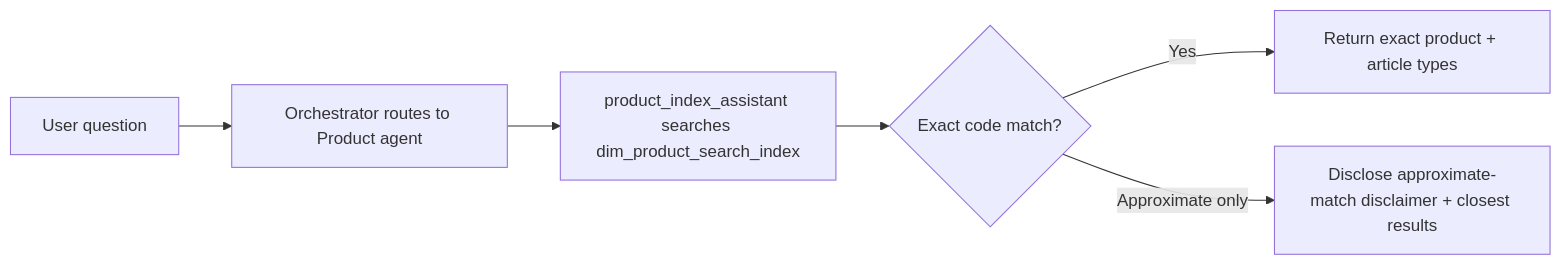
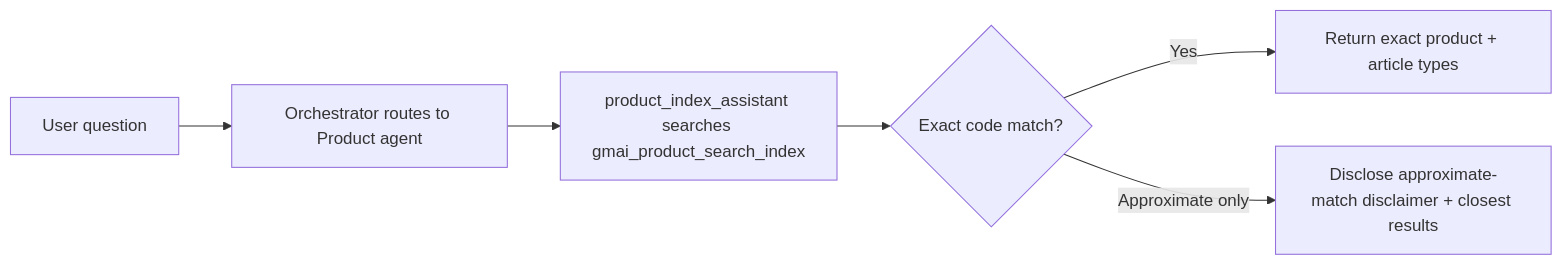
The second of 8 diagrams in docs/product/agent-usage-guide.md (wchen-dea/Governed-Multi-Agent-Intelligence-on-Databricks), drawn with Mermaid before and after one commit. The commit also changed other lines of this file and 35 other files, not shown here.

````diff
--- a/docs/product/agent-usage-guide.md
+++ b/docs/product/agent-usage-guide.md
@@ -59,8 +59,8 @@
 ```mermaid
 flowchart LR
   A[User question] --> B[Orchestrator routes to Product agent]
-  B --> C[product_index_assistant searches dim_product_search_index]
+  B --> C[product_index_assistant searches gmai_product_search_index]
   C --> D{Exact code match?}
   D -->|Yes| E[Return exact product + article types]
   D -->|Approximate only| F[Disclose approximate-match disclaimer + closest results]
 ```
````
